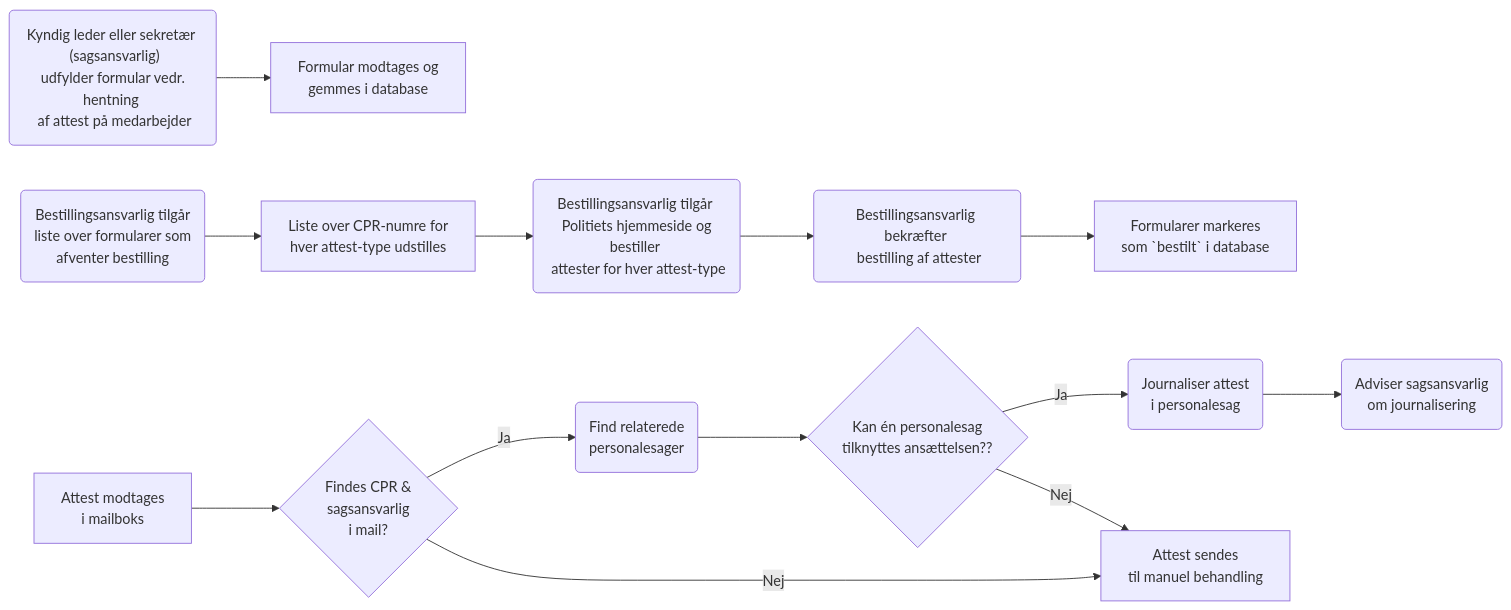
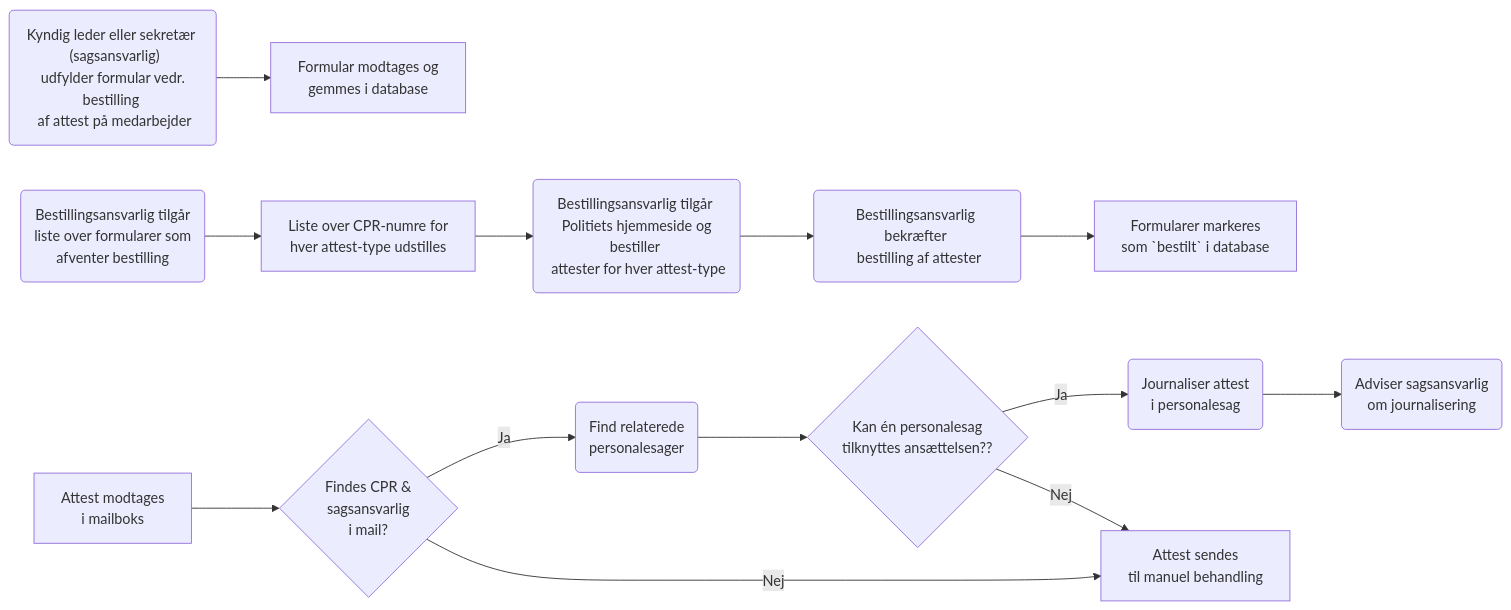
One commit to Randers-Kommune-Digitalisering/bestil-journaliser-attester changed the diagram in README.md. Above: the diagram before and after it, drawn with Mermaid.

````diff
--- a/README.md
+++ b/README.md
@@ -9,34 +9,34 @@
 ```mermaid
 flowchart LR
-    A1("Kyndig leder eller sekretær \n (sagsansvarlig)\n udfylder formular vedr. hentning \n af attest på medarbejder")
+    A1("Kyndig leder eller sekretær \n (sagsansvarlig)\n udfylder formular vedr. bestilling \n af attest på medarbejder")
     A2[Formular modtages og \n gemmes i database]
     
     B1(Bestillingsansvarlig tilgår \n liste over formularer som \n afventer bestilling)
     B2[Liste over CPR-numre for \n hver attest-type udstilles]
     B3(Bestillingsansvarlig tilgår \n Politiets hjemmeside og bestiller \n attester for hver attest-type)
     B4(Bestillingsansvarlig bekræfter \n bestilling af attester)
     B5[Formularer markeres \n som `bestilt` i database]
 
     A1 --> A2
 
     B1 --> B2
     B2 --> B3
     B3 --> B4
     B4 --> B5
 
     A[Attest modtages \n i mailboks]
     B{Findes CPR & \n sagsansvarlig \n i mail?}
     C(Find relaterede \n personalesager)
     D{Kan én personalesag  \n tilknyttes ansættelsen??}
     E(Journaliser attest \n i personalesag)
     F(Adviser sagsansvarlig \n om journalisering)
     G[Attest sendes \n til manuel behandling]
 
     A --> B
     B --> |Ja|C
     B --> |Nej|G
     C --> D
     D --> |Ja|E
     D --> |Nej|G
     E --> F
 ```
````
